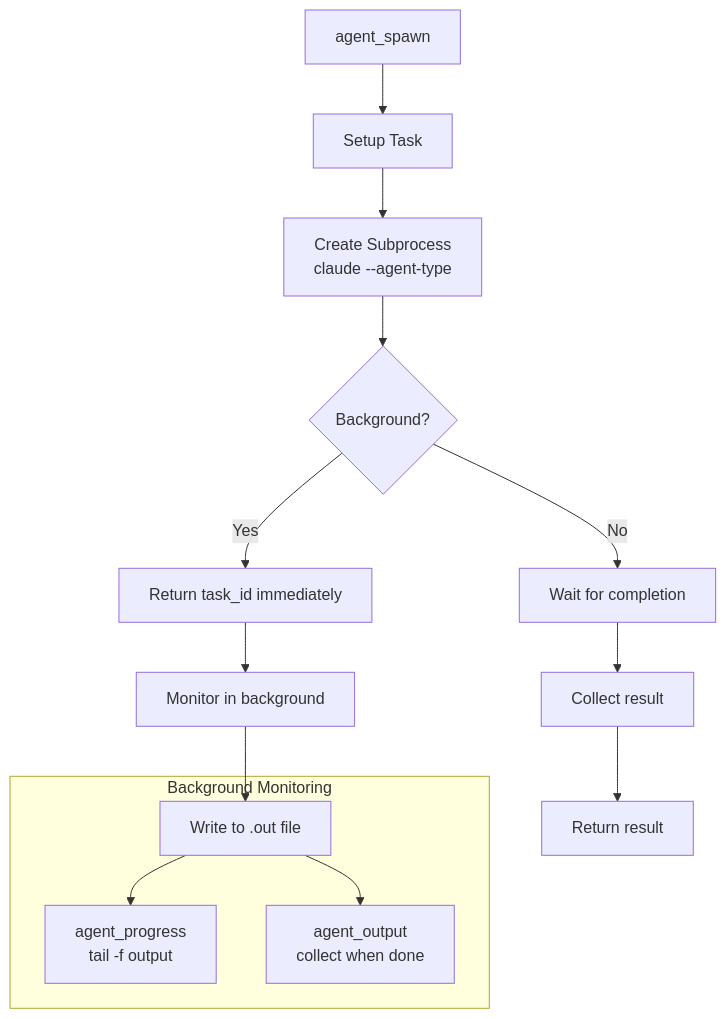
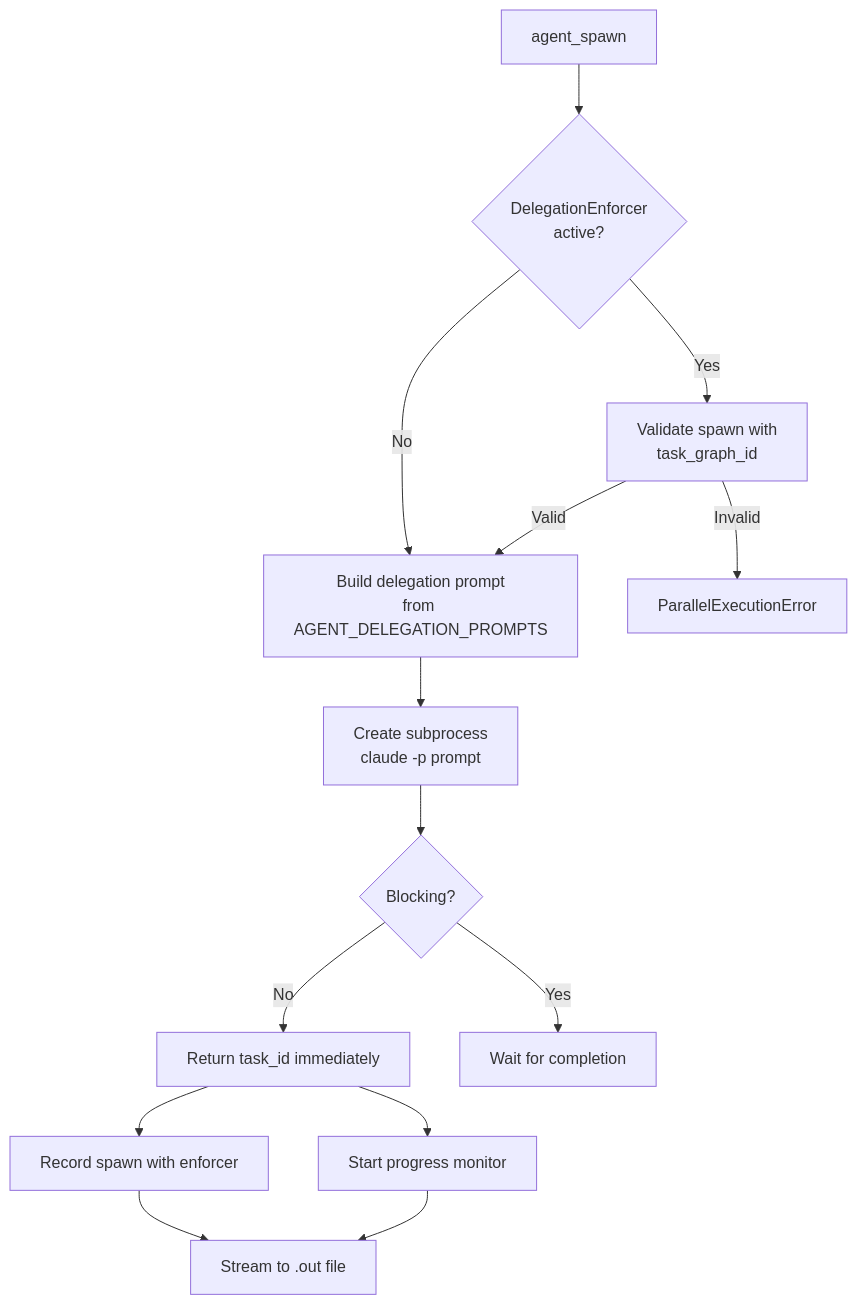
Before and after one commit to GratefulDave/stravinsky: the fifth of 8 diagrams in docs/architecture/AGENT_ORCHESTRATION.md, drawn with Mermaid. The commit also changed other lines of this file and 30 other files, not shown here.

First line of the commit message:
docs: comprehensive architecture documentation update for 7-Phase Orchestrator

````diff
--- a/docs/architecture/AGENT_ORCHESTRATION.md
+++ b/docs/architecture/AGENT_ORCHESTRATION.md
@@ -120,20 +264,22 @@
 ```mermaid
 flowchart TD
-    SPAWN[agent_spawn] --> SETUP[Setup Task]
-    SETUP --> PROC[Create Subprocess<br/>claude --agent-type]
-    PROC --> BG{Background?}
+    SPAWN[agent_spawn] --> VALIDATE{DelegationEnforcer<br/>active?}
 
-    BG -->|Yes| ASYNC[Return task_id immediately]
-    BG -->|No| BLOCK[Wait for completion]
+    VALIDATE -->|Yes| CHECK[Validate spawn with<br/>task_graph_id]
+    VALIDATE -->|No| SETUP
 
-    ASYNC --> MON[Monitor in background]
-    BLOCK --> WAIT[Collect result]
+    CHECK -->|Invalid| ERROR[ParallelExecutionError]
+    CHECK -->|Valid| SETUP
 
-    MON --> OUT[Write to .out file]
-    WAIT --> RETURN[Return result]
+    SETUP[Build delegation prompt<br/>from AGENT_DELEGATION_PROMPTS] --> PROC[Create subprocess<br/>claude -p prompt]
+    PROC --> BG{Blocking?}
 
-    subgraph "Background Monitoring"
-        OUT --> PROG[agent_progress<br/>tail -f output]
-        OUT --> COLL[agent_output<br/>collect when done]
-    end
+    BG -->|No| ASYNC[Return task_id immediately]
+    BG -->|Yes| BLOCK[Wait for completion]
+
+    ASYNC --> RECORD[Record spawn with enforcer]
+    ASYNC --> MON[Start progress monitor]
+
+    RECORD --> OUT[Stream to .out file]
+    MON --> OUT
 ```
````
